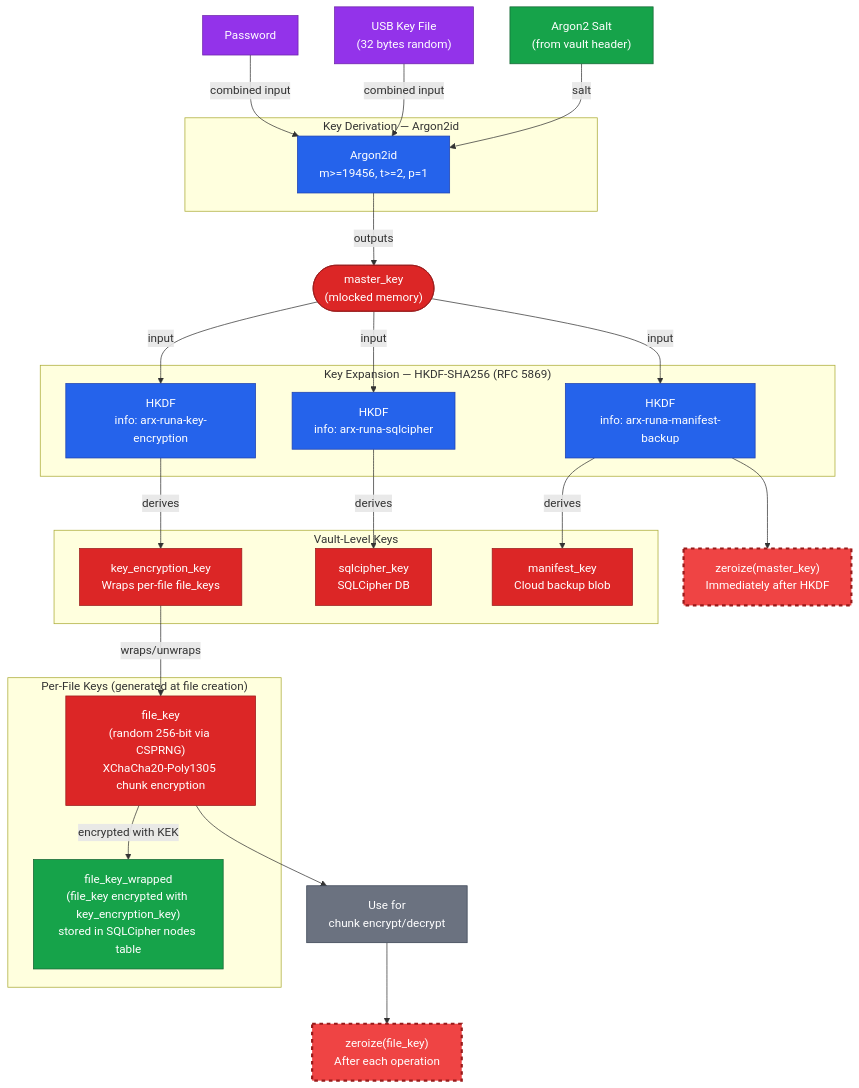
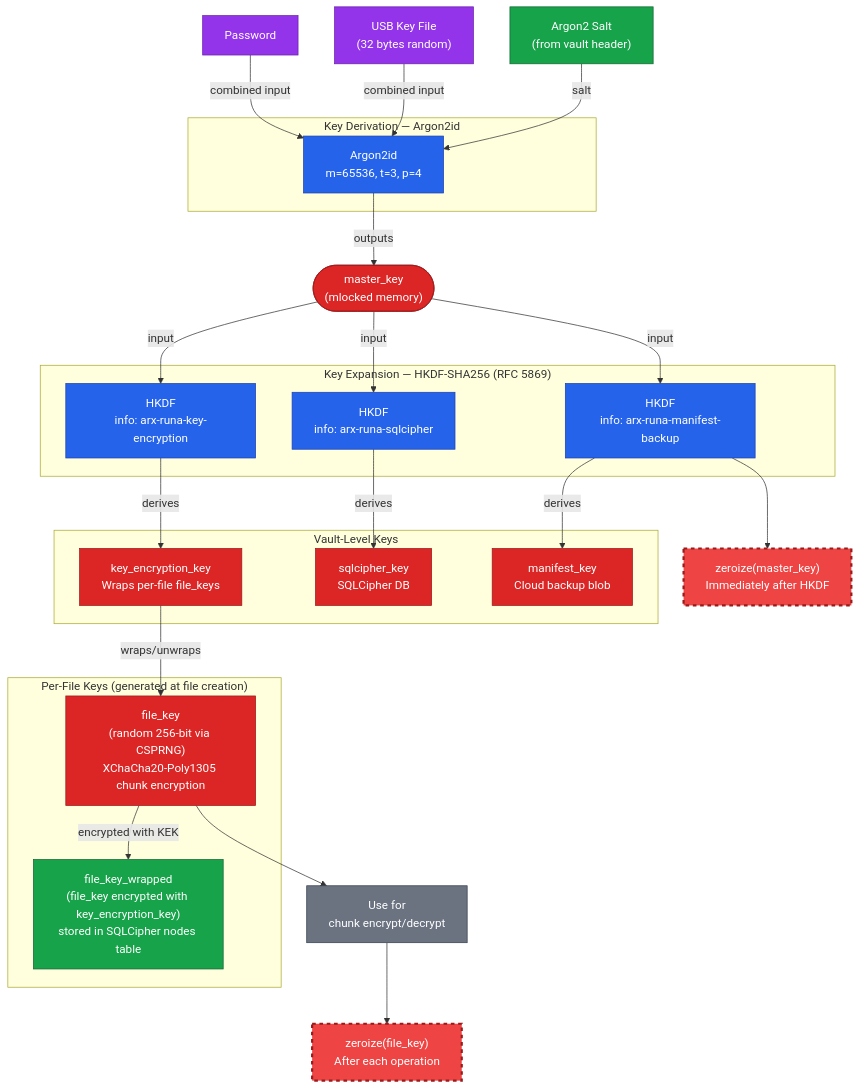
The diagram in docs/architecture/designs/cryptographic-primitives/diagrams/key-derivation-tree.md (salgaard/arx-runa), drawn with Mermaid before and after one commit. The commit also changed other lines of this file and 35 other files, not shown here.

````diff
--- a/docs/architecture/designs/cryptographic-primitives/diagrams/key-derivation-tree.md
+++ b/docs/architecture/designs/cryptographic-primitives/diagrams/key-derivation-tree.md
@@ -6,58 +6,58 @@
 ```mermaid
 flowchart TD
     PW["Password"]:::user
     KF["USB Key File<br/>(32 bytes random)"]:::user
     SALT["Argon2 Salt<br/>(from vault header)"]:::storage
 
     subgraph KDF ["Key Derivation — Argon2id"]
-        ARGON["Argon2id<br/>m>=19456, t>=2, p=1"]:::crypto
+        ARGON["Argon2id<br/>m=65536, t=3, p=4"]:::crypto
     end
 
     MK_NODE(["master_key<br/>(mlocked memory)"]):::secret
 
     subgraph HKDF_LAYER ["Key Expansion — HKDF-SHA256 (RFC 5869)"]
         HKDF1["HKDF<br/>info: arx-runa-key-encryption"]:::crypto
         HKDF2["HKDF<br/>info: arx-runa-sqlcipher"]:::crypto
         HKDF3["HKDF<br/>info: arx-runa-manifest-backup"]:::crypto
     end
 
     subgraph VAULT_KEYS ["Vault-Level Keys"]
         KEK["key_encryption_key<br/>Wraps per-file file_keys"]:::secret
         SK["sqlcipher_key<br/>SQLCipher DB"]:::secret
         MK["manifest_key<br/>Cloud backup blob"]:::secret
     end
 
     subgraph PER_FILE ["Per-File Keys (generated at file creation)"]
         FK["file_key<br/>(random 256-bit via CSPRNG)<br/>XChaCha20-Poly1305 chunk encryption"]:::secret
         FKW["file_key_wrapped<br/>(file_key encrypted with key_encryption_key)<br/>stored in SQLCipher nodes table"]:::storage
     end
 
     PW -->|combined input| ARGON
     KF -->|combined input| ARGON
     SALT -->|salt| ARGON
 
     ARGON -->|outputs| MK_NODE
 
     MK_NODE -->|input| HKDF1
     MK_NODE -->|input| HKDF2
     MK_NODE -->|input| HKDF3
 
     HKDF1 -->|derives| KEK
     HKDF2 -->|derives| SK
     HKDF3 -->|derives| MK
 
     HKDF3 --> ZEROIZE_MK["zeroize(master_key)<br/>Immediately after HKDF"]:::zeroize
 
     KEK -->|wraps/unwraps| FK
     FK -->|encrypted with KEK| FKW
 
     FK --> USE_FK["Use for<br/>chunk encrypt/decrypt"]:::proc
     USE_FK --> ZEROIZE_FK["zeroize(file_key)<br/>After each operation"]:::zeroize
 
     classDef secret fill:#dc2626,stroke:#991b1b,color:#fff
     classDef crypto fill:#2563eb,stroke:#1e40af,color:#fff
     classDef storage fill:#16a34a,stroke:#166534,color:#fff
     classDef user fill:#9333ea,stroke:#6b21a8,color:#fff
     classDef zeroize fill:#ef4444,stroke:#991b1b,color:#fff,stroke-width:3px,stroke-dasharray:5 5
     classDef proc fill:#6b7280,stroke:#374151,color:#fff
 ```
````
